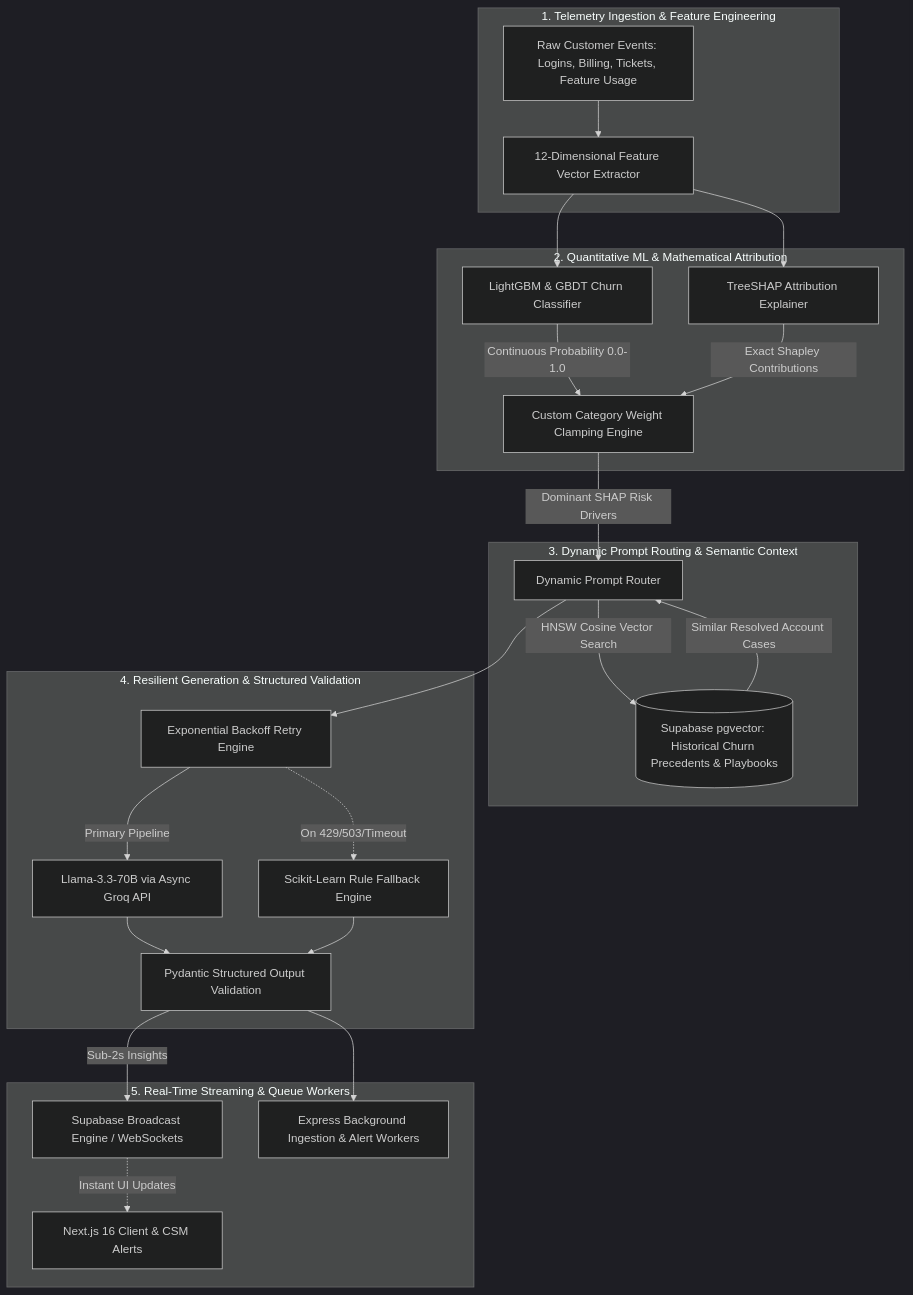
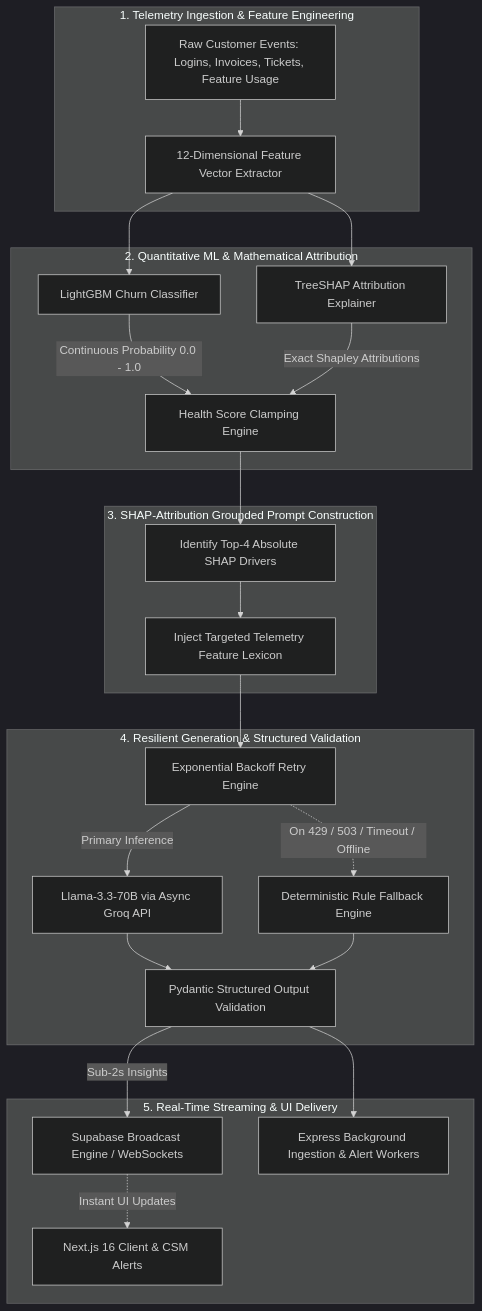
Before and after one commit to apoorvmaurya/retentiq: the diagram in README.md, drawn with Mermaid (dark theme). The commit also changed other lines of this file and 1 other file, not shown here.

Commit message:
docs: overhaul README with product positioning, sandbox promotion, and add comprehensive AI architecture documentation

````diff
--- a/README.md
+++ b/README.md
@@ -57,54 +87,53 @@
 ```mermaid
 graph TD
     %% Telemetry Layer
     subgraph Telemetry [1. Telemetry Ingestion & Feature Engineering]
-        RawEvents[Raw Customer Events: Logins, Billing, Tickets, Feature Usage]
+        RawEvents[Raw Customer Events: Logins, Invoices, Tickets, Feature Usage]
         FeatureEngine[12-Dimensional Feature Vector Extractor]
         RawEvents --> FeatureEngine
     end
 
     %% Quantitative ML Layer
     subgraph MLInference [2. Quantitative ML & Mathematical Attribution]
-        Classifier[LightGBM & GBDT Churn Classifier]
+        Classifier[LightGBM Churn Classifier]
         TreeSHAP[TreeSHAP Attribution Explainer]
-        ScoreClamping[Custom Category Weight Clamping Engine]
+        ScoreClamping[Health Score Clamping Engine]
         FeatureEngine --> Classifier
         FeatureEngine --> TreeSHAP
-        Classifier -->|Continuous Probability 0.0-1.0| ScoreClamping
-        TreeSHAP -->|Exact Shapley Contributions| ScoreClamping
+        Classifier -->|Continuous Probability 0.0 - 1.0| ScoreClamping
+        TreeSHAP -->|Exact Shapley Attributions| ScoreClamping
     end
 
-    %% Context & Routing Layer
-    subgraph PromptRouting [3. Dynamic Prompt Routing & Semantic Context]
-        Router[Dynamic Prompt Router]
-        pgvector[(Supabase pgvector: Historical Churn Precedents & Playbooks)]
-        ScoreClamping -->|Dominant SHAP Risk Drivers| Router
-        Router -->|HNSW Cosine Vector Search| pgvector
-        pgvector -->|Similar Resolved Account Cases| Router
+    %% Context Grounding Layer
+    subgraph PromptGrounding [3. SHAP-Attribution Grounded Prompt Construction]
+        TopDrivers[Identify Top-4 Absolute SHAP Drivers]
+        DynamicLexicon[Inject Targeted Telemetry Feature Lexicon]
+        ScoreClamping --> TopDrivers
+        TopDrivers --> DynamicLexicon
     end
 
-    %% Generation & Validation Layer
+    %% Generation & Fallback Layer
     subgraph LLMExecution [4. Resilient Generation & Structured Validation]
         GroqLLM[Llama-3.3-70B via Async Groq API]
         RetryEngine[Exponential Backoff Retry Engine]
-        OfflineFallback[Scikit-Learn Rule Fallback Engine]
+        OfflineFallback[Deterministic Rule Fallback Engine]
         PydanticSchema[Pydantic Structured Output Validation]
 
-        Router --> RetryEngine
-        RetryEngine -->|Primary Pipeline| GroqLLM
-        RetryEngine -.->|On 429/503/Timeout| OfflineFallback
+        DynamicLexicon --> RetryEngine
+        RetryEngine -->|Primary Inference| GroqLLM
+        RetryEngine -.->|On 429 / 503 / Timeout / Offline| OfflineFallback
         GroqLLM --> PydanticSchema
         OfflineFallback --> PydanticSchema
     end
 
     %% Real-time Delivery Layer
-    subgraph Delivery [5. Real-Time Streaming & Queue Workers]
+    subgraph Delivery [5. Real-Time Streaming & UI Delivery]
         RealtimeBroadcast[Supabase Broadcast Engine / WebSockets]
         DashboardUI[Next.js 16 Client & CSM Alerts]
         JobQueue[Express Background Ingestion & Alert Workers]
 
         PydanticSchema -->|Sub-2s Insights| RealtimeBroadcast
         PydanticSchema --> JobQueue
         RealtimeBroadcast -.->|Instant UI Updates| DashboardUI
     end
 ```
````
